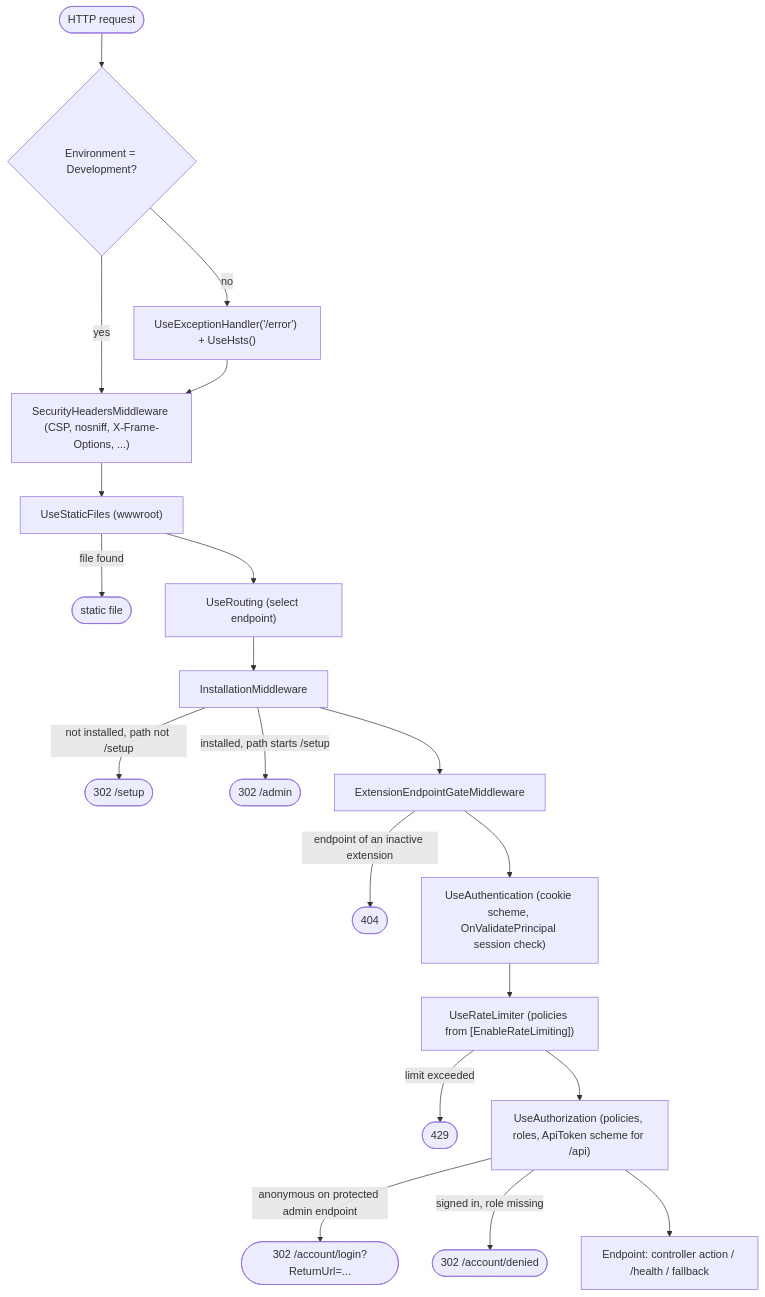
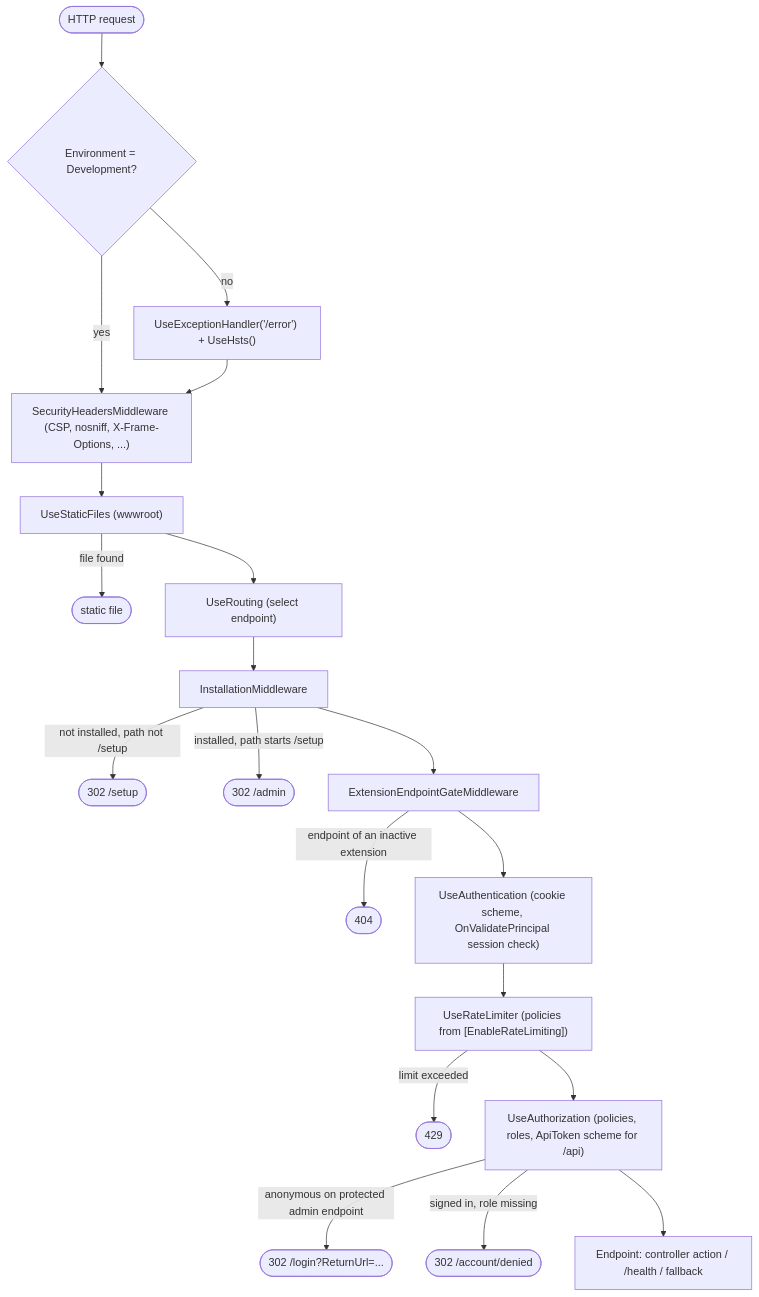
One commit to Albadit/DotNetForge changed the second of 12 diagrams in .docs/architecture/data-flow.md. Above: the diagram before and after it, drawn with Mermaid. The commit also changed other lines of this file and 303 other files, not shown here.

````diff
--- a/.docs/architecture/data-flow.md
+++ b/.docs/architecture/data-flow.md
@@ -59,22 +56,22 @@
 ```mermaid
 flowchart TD
     Req([HTTP request]) --> Dev{"Environment = Development?"}
     Dev -- no --> EH["UseExceptionHandler('/error') + UseHsts()"]
     Dev -- yes --> SH
     EH --> SH["SecurityHeadersMiddleware (CSP, nosniff, X-Frame-Options, ...)"]
     SH --> SF["UseStaticFiles (wwwroot)"]
     SF -- "file found" --> Done([static file])
     SF --> R["UseRouting (select endpoint)"]
     R --> IM["InstallationMiddleware"]
     IM -- "not installed, path not /setup" --> S302([302 /setup])
     IM -- "installed, path starts /setup" --> A302([302 /admin])
     IM --> GATE["ExtensionEndpointGateMiddleware"]
     GATE -- "endpoint of an inactive extension" --> G404([404])
     GATE --> AuthN["UseAuthentication (cookie scheme, OnValidatePrincipal session check)"]
     AuthN --> RL["UseRateLimiter (policies from [EnableRateLimiting])"]
     RL -- "limit exceeded" --> T429([429])
     RL --> AuthZ["UseAuthorization (policies, roles, ApiToken scheme for /api)"]
-    AuthZ -- "anonymous on protected admin endpoint" --> Login(["302 /account/login?ReturnUrl=..."])
+    AuthZ -- "anonymous on protected admin endpoint" --> Login(["302 /login?ReturnUrl=..."])
     AuthZ -- "signed in, role missing" --> Denied([302 /account/denied])
     AuthZ --> EP["Endpoint: controller action / /health / fallback"]
 ```
````
